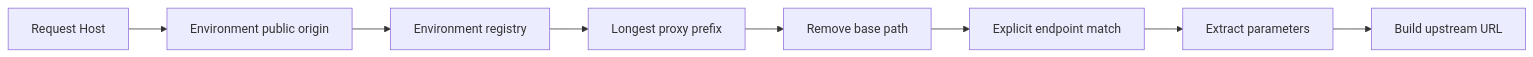
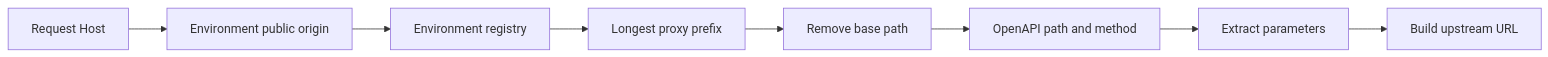
Before and after one commit to c4rl0s04/api-gateway-platform: the diagram in docs/02-architecture/Routing Engine.md, drawn with Mermaid. The commit also changed other lines of this file and 1 other file, not shown here.

Commit message:
docs(routing): describe revision operation resolution

````diff
--- a/docs/02-architecture/Routing Engine.md
+++ b/docs/02-architecture/Routing Engine.md
@@ -63,10 +66,10 @@
 ```mermaid
 flowchart LR
     HOST["Request Host"] --> ENV["Environment public origin"]
     ENV --> PATH["Environment registry"]
     PATH --> PROXY["Longest proxy prefix"]
     PROXY --> SUFFIX["Remove base path"]
-    SUFFIX --> ENDPOINT["Explicit endpoint match"]
-    ENDPOINT --> PARAMS["Extract parameters"]
+    SUFFIX --> OPERATION["OpenAPI path and method"]
+    OPERATION --> PARAMS["Extract parameters"]
     PARAMS --> TARGET["Build upstream URL"]
 ```
````
